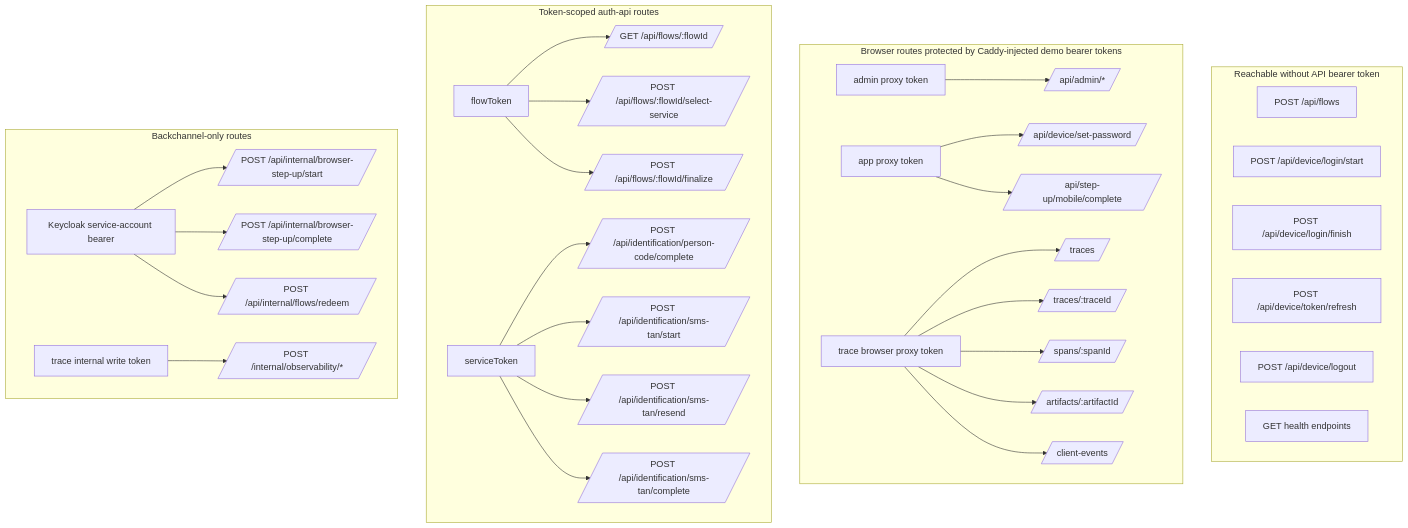
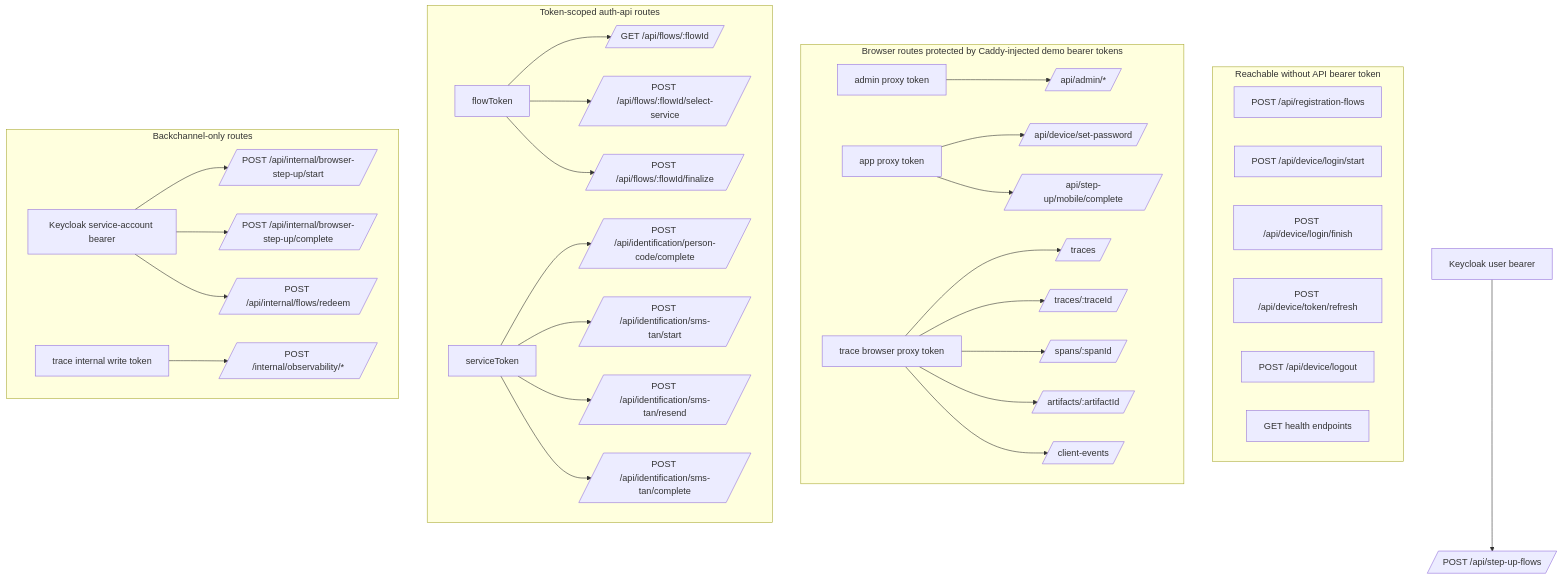
Before and after one commit to rpreissel/auth-sandbox-2: the second of 2 diagrams in README.md, drawn with Mermaid. The commit also changed other lines of this file and 11 other files, not shown here.

First line of the commit message:
refactor: make flow creation concrete

````diff
--- a/README.md
+++ b/README.md
@@ -150,39 +150,41 @@
 ```mermaid
 flowchart TB
   subgraph Public[Reachable without API bearer token]
-    P1[POST /api/flows]
+    P1[POST /api/registration-flows]
     P2[POST /api/device/login/start]
     P3[POST /api/device/login/finish]
     P4[POST /api/device/token/refresh]
     P5[POST /api/device/logout]
     P6[GET health endpoints]
   end
+
+  UserBearer[Keycloak user bearer] --> SU1[/POST /api/step-up-flows/]
 
   subgraph Proxy[Browser routes protected by Caddy-injected demo bearer tokens]
     AdminToken[admin proxy token] --> A1[/api/admin/*/]
     AppToken[app proxy token] --> A2[/api/device/set-password/]
     AppToken --> A3[/api/step-up/mobile/complete/]
     TraceToken[trace browser proxy token] --> T1[/traces/]
     TraceToken --> T2[/traces/:traceId/]
     TraceToken --> T3[/spans/:spanId/]
     TraceToken --> T4[/artifacts/:artifactId/]
     TraceToken --> T5[/client-events/]
   end
 
   subgraph AuthTokens[Token-scoped auth-api routes]
     FlowToken[flowToken] --> F1[/GET /api/flows/:flowId/]
     FlowToken --> F2[/POST /api/flows/:flowId/select-service/]
     FlowToken --> F3[/POST /api/flows/:flowId/finalize/]
     ServiceToken[serviceToken] --> S1[/POST /api/identification/person-code/complete/]
     ServiceToken --> S2[/POST /api/identification/sms-tan/start/]
     ServiceToken --> S3[/POST /api/identification/sms-tan/resend/]
     ServiceToken --> S4[/POST /api/identification/sms-tan/complete/]
   end
 
   subgraph Internal[Backchannel-only routes]
     KCBearer[Keycloak service-account bearer] --> I1[/POST /api/internal/browser-step-up/start/]
     KCBearer --> I2[/POST /api/internal/browser-step-up/complete/]
     KCBearer --> I3[/POST /api/internal/flows/redeem/]
     TraceWrite[trace internal write token] --> I4[/POST /internal/observability/*/]
   end
 ```
````
